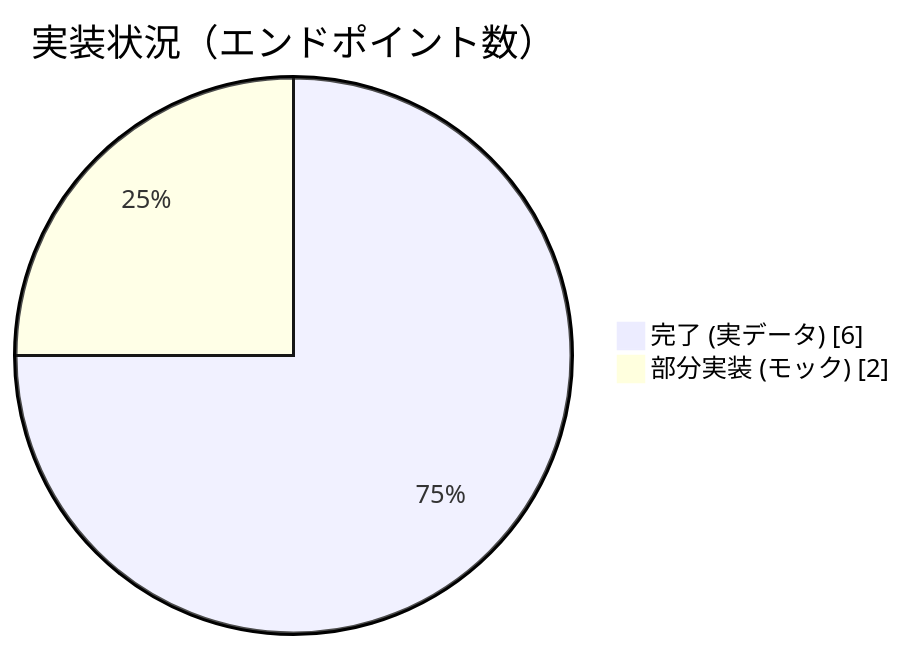
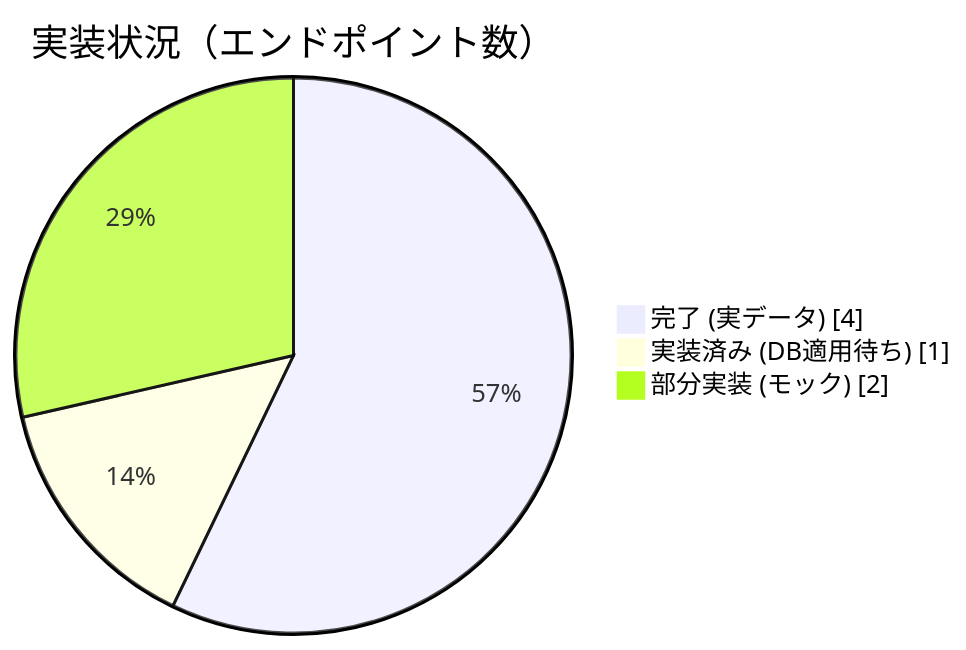
The first of 2 diagrams in docs/progress.md (2026ProjectResearchAR/campus-ar-api), drawn with Mermaid before and after one commit. The commit also changed other lines of this file and 1 other file, not shown here.

````diff
--- a/docs/progress.md
+++ b/docs/progress.md
@@ -18,6 +18,7 @@
 ```mermaid
 pie showData
     title 実装状況（エンドポイント数）
-    "完了 (実データ)" : 6
+    "完了 (実データ)" : 4
+    "実装済み (DB適用待ち)" : 1
     "部分実装 (モック)" : 2
 ```
````
